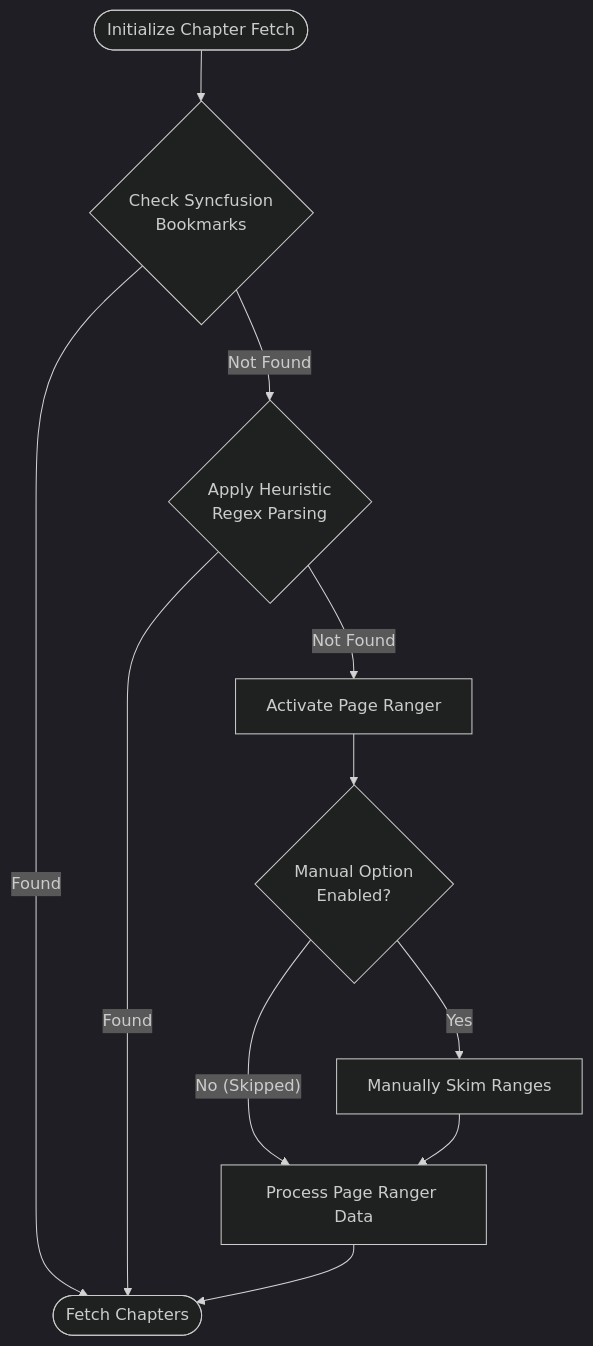
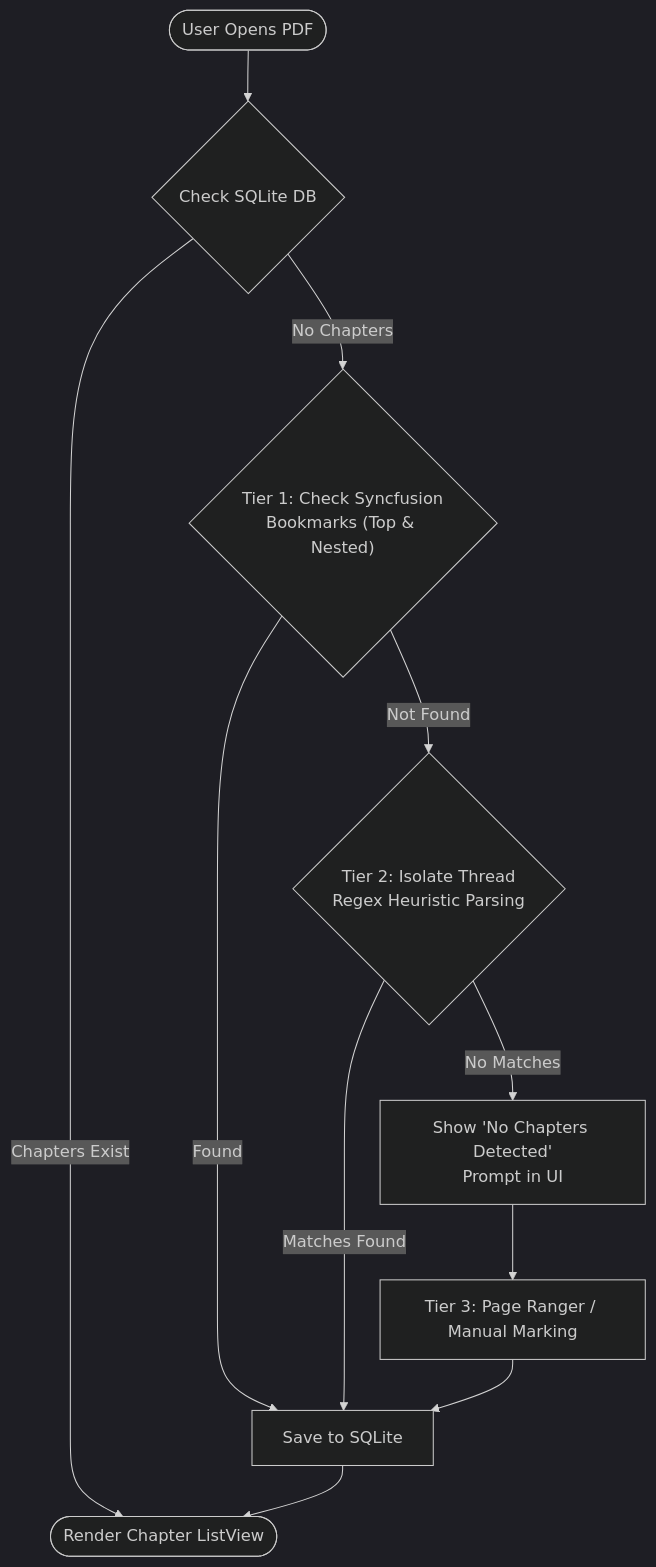
Before and after one commit to barakavic/Almanac: the diagram in docs/Proc/Processes/chapter_reader.md, drawn with Mermaid (dark theme). The commit also changed other lines of this file and 1 other file, not shown here.

Commit message:
feat: update changelog and chapter reader documentation; enhance architectural flowchart and clarify chapter parsing hierarchy

````diff
--- a/docs/Proc/Processes/chapter_reader.md
+++ b/docs/Proc/Processes/chapter_reader.md
@@ -6,21 +6,23 @@
 ```mermaid
 flowchart TD
-    Start([Initialize Chapter Fetch]) --> CheckBookmarks{Check Syncfusion<br>Bookmarks}
+    Start([User Opens PDF]) --> CheckDB{Check SQLite DB}
     
-    %% Automated Path
-    CheckBookmarks -- Found --> Success([Fetch Chapters])
-    CheckBookmarks -- Not Found --> RegexHeuristic{Apply Heuristic<br>Regex Parsing}
+    %% Database Path
+    CheckDB -- Chapters Exist --> RenderUI([Render Chapter ListView])
     
-    RegexHeuristic -- Found --> Success
+    %% Tier 1: Automated Syncfusion Bookmarks
+    CheckDB -- No Chapters --> Tier1{"Tier 1: Check Syncfusion\nBookmarks (Top & Nested)"}
+    Tier1 -- Found --> SaveDB[Save to SQLite]
     
-    %% Fallback Path
-    RegexHeuristic -- Not Found --> PageRanger[Activate Page Ranger]
+    %% Tier 2: Heuristic Regex Parsing (Background Isolate)
+    Tier1 -- Not Found --> Tier2{"Tier 2: Isolate Thread\nRegex Heuristic Parsing"}
+    Tier2 -- Matches Found --> SaveDB
     
-    %% Concurrent Manual Branch
-    PageRanger --> OptManual{Manual Option<br>Enabled?}
-    OptManual -- Yes --> SkimRanges[Manually Skim Ranges]
-    OptManual -- No (Skipped) --> ProcessRange[Process Page Ranger Data]
+    %% Tier 3: Manual Page Ranger
+    Tier2 -- No Matches --> FallbackUI["Show 'No Chapters Detected'\nPrompt in UI"]
+    FallbackUI --> Tier3[Tier 3: Page Ranger / Manual Marking]
     
-    SkimRanges --> ProcessRange
-    ProcessRange --> Success
+    %% Save & Render
+    Tier3 --> SaveDB
+    SaveDB --> RenderUI
 ```
````
